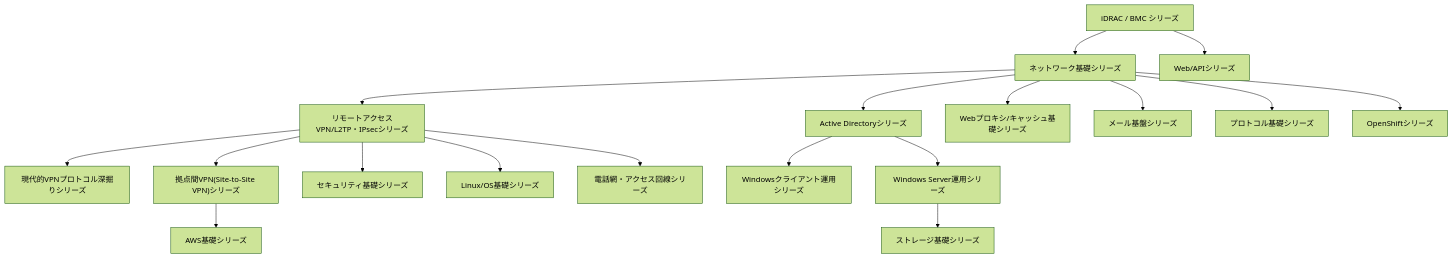
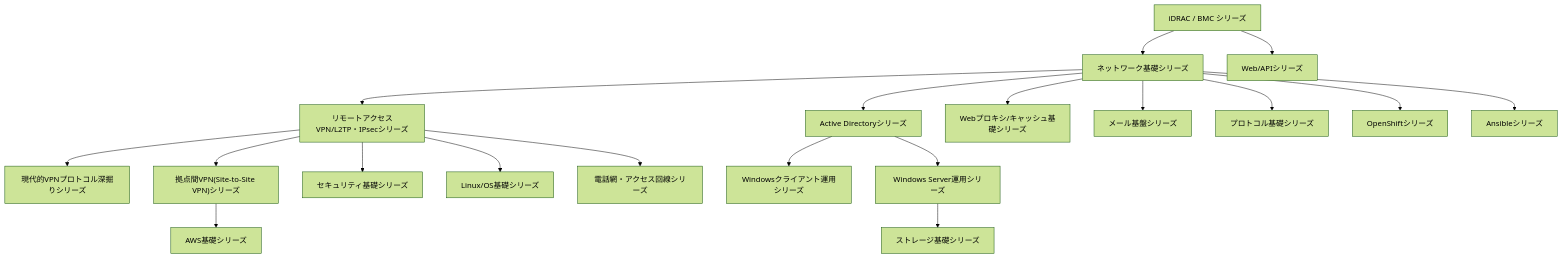
One commit to koikoi1998/koikoi-blog-20260723 changed the diagram in src/pages/sitemap.md. Above: the diagram before and after it, drawn with Mermaid (forest theme). The commit also changed other lines of this file and 9 other files, not shown here.

````diff
--- a/src/pages/sitemap.md
+++ b/src/pages/sitemap.md
@@ -24,39 +24,41 @@
 ```mermaid
 graph TB
     Idrac["iDRAC / BMC シリーズ"]
     Network["ネットワーク基礎シリーズ"]
     Vpn["リモートアクセスVPN/L2TP・IPsecシリーズ"]
     ModernVpn["現代的VPNプロトコル深掘りシリーズ"]
     SiteToSite["拠点間VPN(Site-to-Site VPN)シリーズ"]
     Security["セキュリティ基礎シリーズ"]
     Linux["Linux/OS基礎シリーズ"]
     Telephony["電話網・アクセス回線シリーズ"]
     Api["Web/APIシリーズ"]
     ActiveDirectory["Active Directoryシリーズ"]
     WindowsClient["Windowsクライアント運用シリーズ"]
     WindowsServer["Windows Server運用シリーズ"]
     Storage["ストレージ基礎シリーズ"]
     WebProxy["Webプロキシ/キャッシュ基礎シリーズ"]
     AwsBasics["AWS基礎シリーズ"]
     Messaging["メール基盤シリーズ"]
     Protocol["プロトコル基礎シリーズ"]
     OpenShift["OpenShiftシリーズ"]
+    Ansible["Ansibleシリーズ"]
 
     Idrac --> Network
     Idrac --> Api
     Network --> Vpn
     Vpn --> ModernVpn
     Vpn --> SiteToSite
     Vpn --> Security
     Vpn --> Linux
     Vpn --> Telephony
     Network --> ActiveDirectory
     ActiveDirectory --> WindowsClient
     ActiveDirectory --> WindowsServer
     WindowsServer --> Storage
     Network --> WebProxy
     SiteToSite --> AwsBasics
     Network --> Messaging
     Network --> Protocol
     Network --> OpenShift
+    Network --> Ansible
 ```
````
